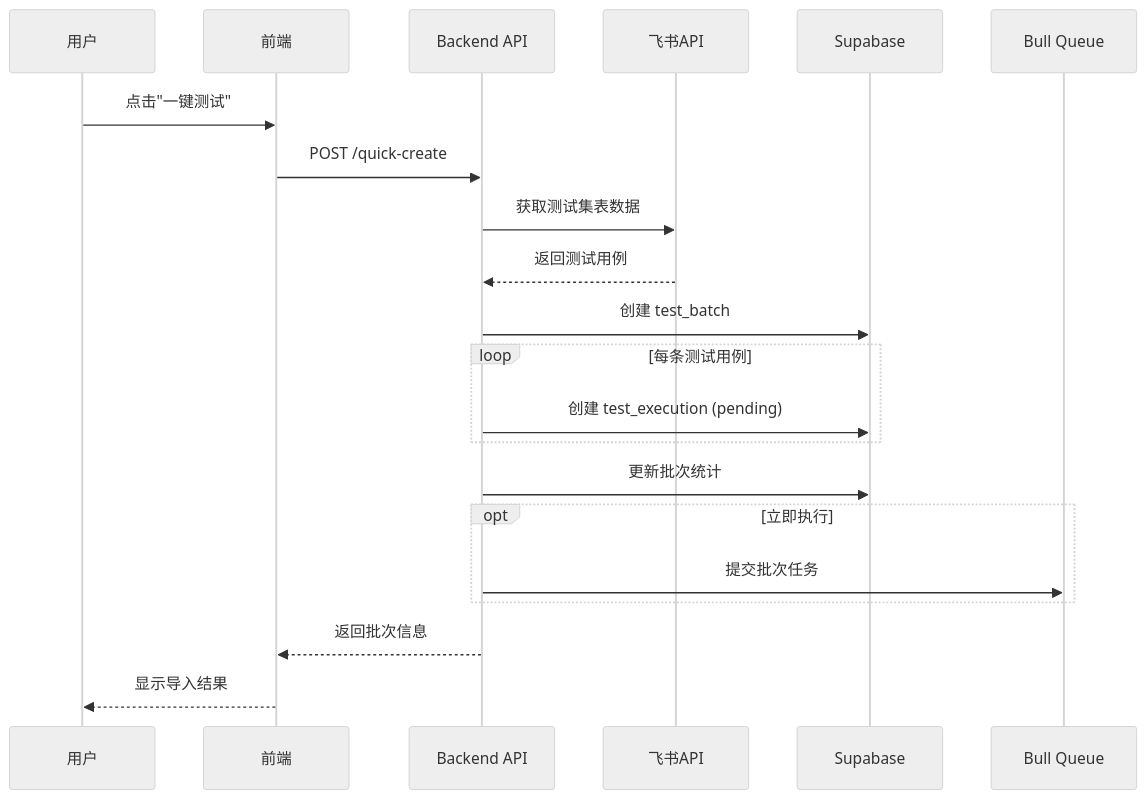
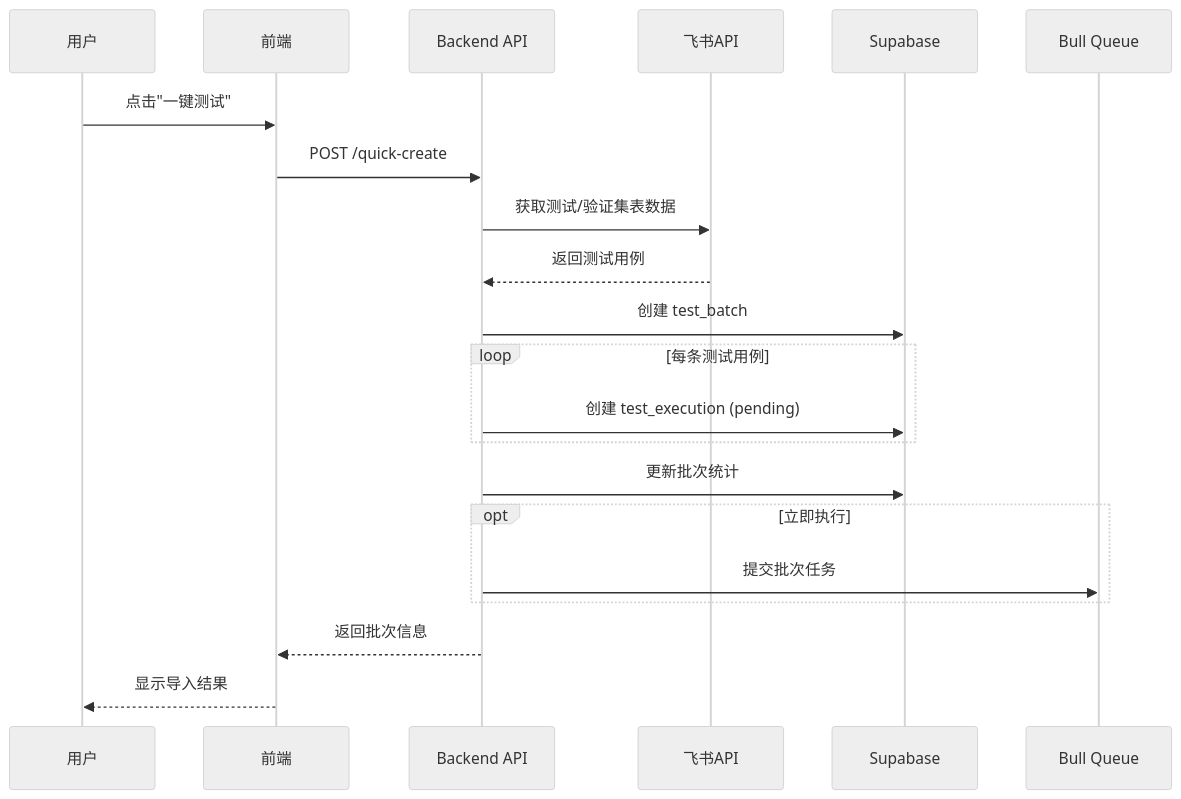
One commit to huajune/cake-agent-runtime changed the first of 3 diagrams in docs/workflows/scenario-test-workflow.md. Above: the diagram before and after it, drawn with Mermaid (neutral theme). The commit also changed other lines of this file and 24 other files, not shown here.

````diff
--- a/docs/workflows/scenario-test-workflow.md
+++ b/docs/workflows/scenario-test-workflow.md
@@ -163,29 +166,29 @@
 ```mermaid
 sequenceDiagram
     participant U as 用户
     participant F as 前端
     participant API as Backend API
     participant Feishu as 飞书API
     participant DB as Supabase
     participant Queue as Bull Queue
 
     U->>F: 点击"一键测试"
     F->>API: POST /quick-create
-    API->>Feishu: 获取测试集表数据
+    API->>Feishu: 获取测试/验证集表数据
     Feishu-->>API: 返回测试用例
 
     API->>DB: 创建 test_batch
 
     loop 每条测试用例
         API->>DB: 创建 test_execution (pending)
     end
 
     API->>DB: 更新批次统计
 
     opt 立即执行
         API->>Queue: 提交批次任务
     end
 
     API-->>F: 返回批次信息
     F-->>U: 显示导入结果
 ```
````
